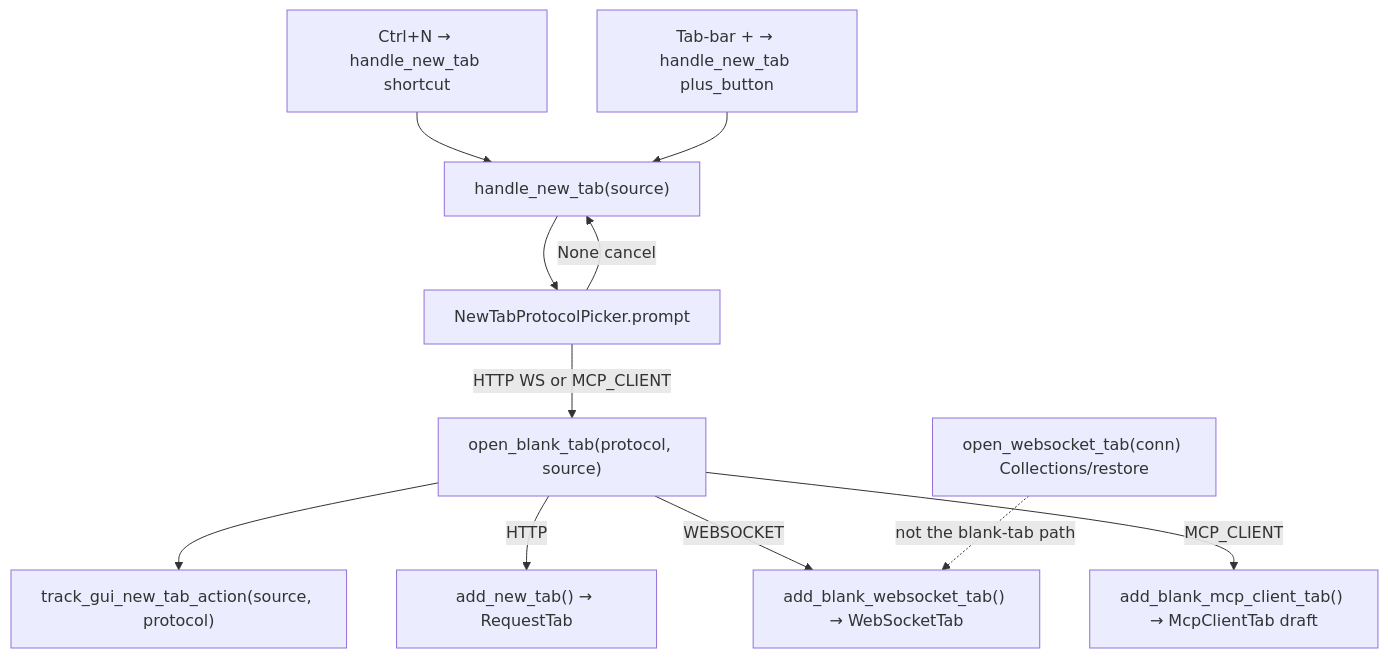
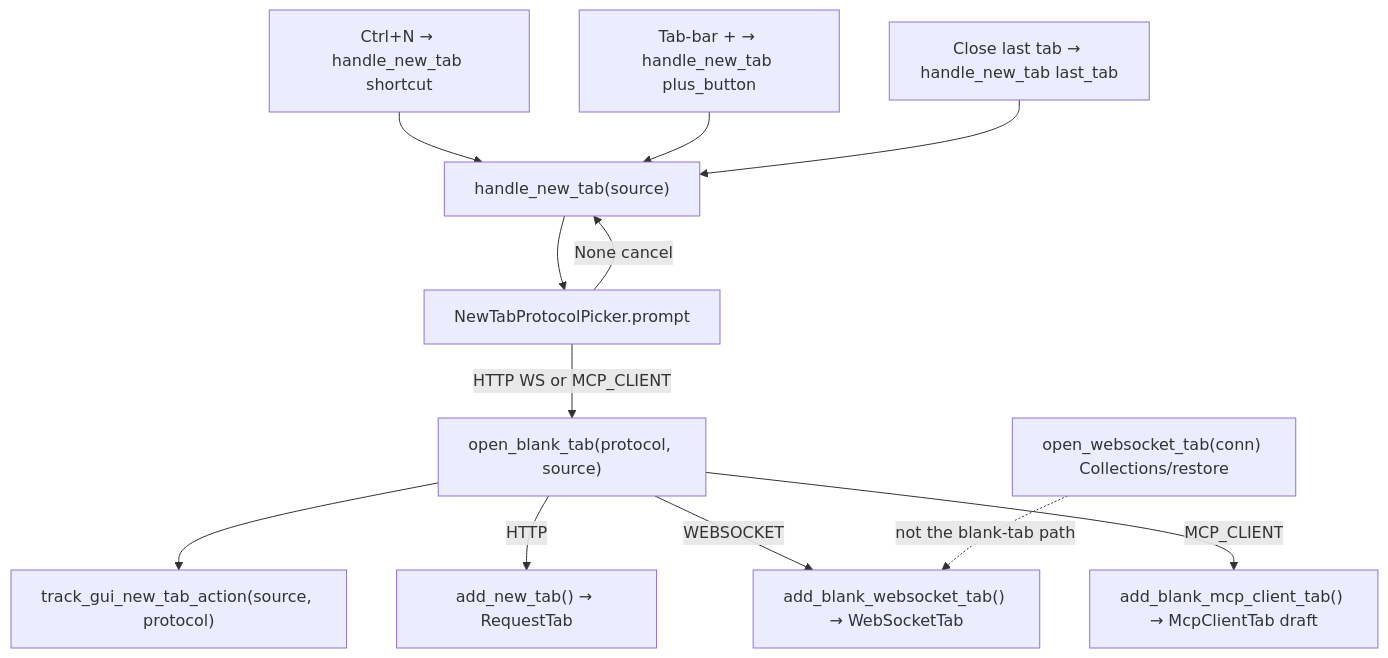
One commit to koctep/pypost changed the diagram in doc/dev/new_tab_protocol_picker.md. Above: the diagram before and after it, drawn with Mermaid. The commit also changed other lines of this file and 15 other files, not shown here.

First line of the commit message:
feature(ui): PYPOST-1159 route last-tab close through protocol picker

````diff
--- a/doc/dev/new_tab_protocol_picker.md
+++ b/doc/dev/new_tab_protocol_picker.md
@@ -55,24 +55,26 @@
 ```mermaid
 flowchart TB
     CtrlN["Ctrl+N → handle_new_tab shortcut"]
     PlusBtn["Tab-bar + → handle_new_tab plus_button"]
+    LastTab["Close last tab → handle_new_tab last_tab"]
     HandleNew["handle_new_tab(source)"]
     Picker["NewTabProtocolPicker.prompt"]
     OpenBlank["open_blank_tab(protocol, source)"]
     Metrics["track_gui_new_tab_action(source, protocol)"]
     AddHTTP["add_new_tab() → RequestTab"]
     AddWS["add_blank_websocket_tab() → WebSocketTab"]
     AddMCP["add_blank_mcp_client_tab() → McpClientTab draft"]
     SavedWS["open_websocket_tab(conn) Collections/restore"]
 
     CtrlN --> HandleNew
     PlusBtn --> HandleNew
+    LastTab --> HandleNew
     HandleNew --> Picker
     Picker -->|None cancel| HandleNew
     Picker -->|HTTP WS or MCP_CLIENT| OpenBlank
     OpenBlank --> Metrics
     OpenBlank -->|HTTP| AddHTTP
     OpenBlank -->|WEBSOCKET| AddWS
     OpenBlank -->|MCP_CLIENT| AddMCP
     SavedWS -.->|not the blank-tab path| AddWS
 ```
````
